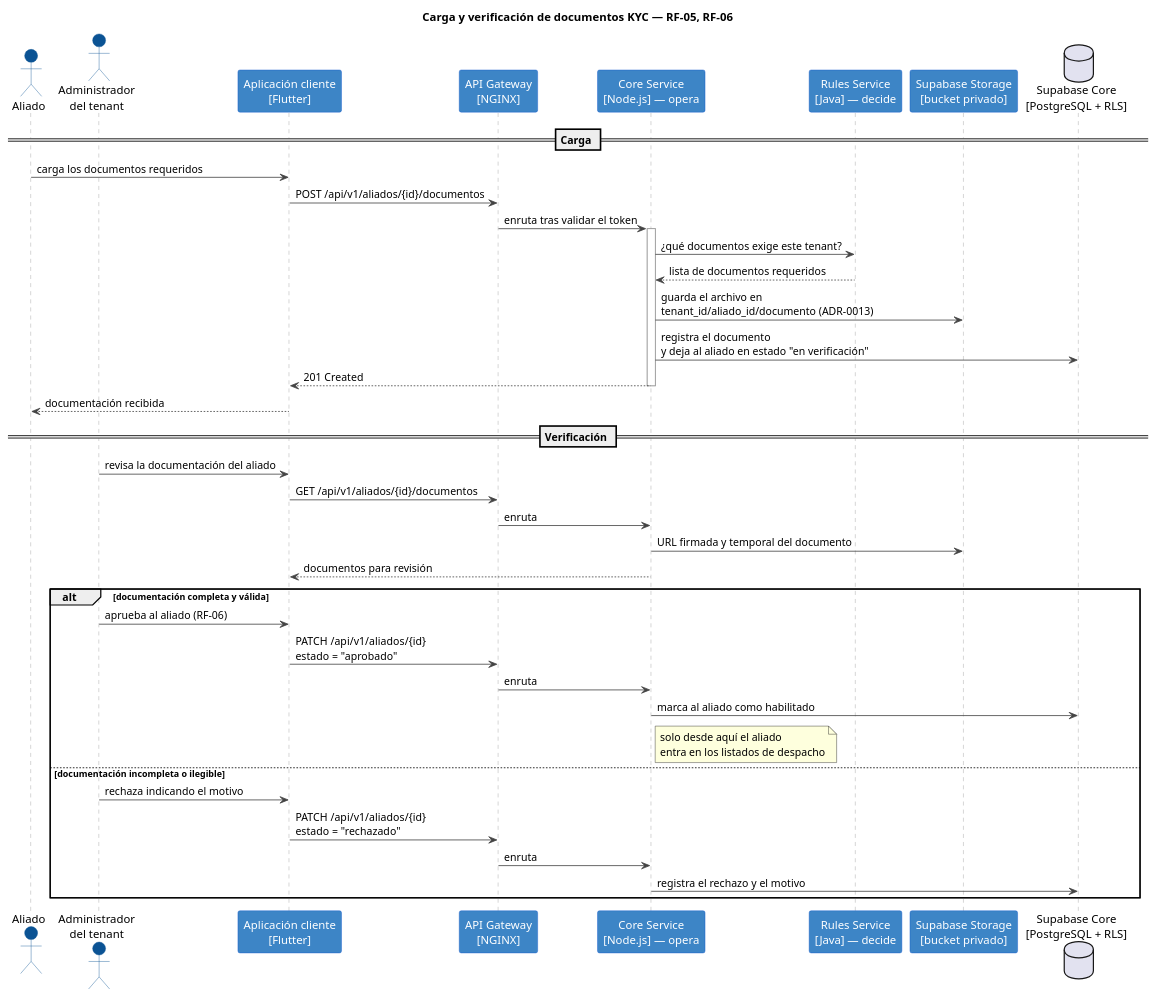
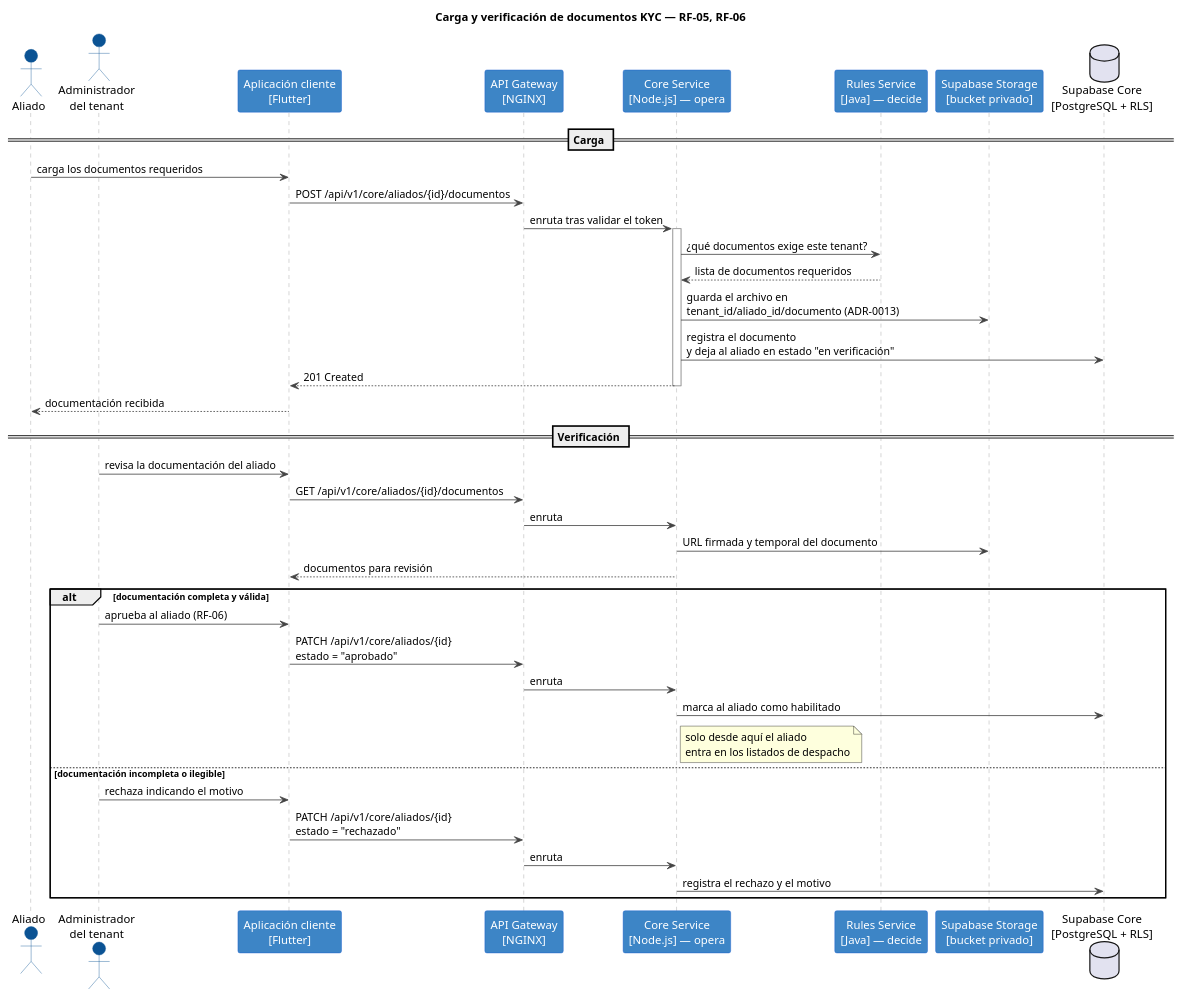
The fourth of 5 diagrams in architecture/SECUENCIAS.md (Trama-AS/MANI-docs), drawn with PlantUML before and after one commit. The commit also changed other lines of this file and 11 other files, not shown here.

````diff
--- a/architecture/SECUENCIAS.md
+++ b/architecture/SECUENCIAS.md
@@ -236,64 +236,64 @@
 ```plantuml
 @startuml seq-kyc
 title Carga y verificación de documentos KYC — RF-05, RF-06
 
 skinparam backgroundColor #ffffff
 skinparam shadowing false
 skinparam sequence {
   ArrowColor #444444
   LifeLineBorderColor #999999
   ParticipantBorderColor #1155cc
   ParticipantBackgroundColor #3d85c6
   ParticipantFontColor #ffffff
   ActorBorderColor #0b5394
   ActorBackgroundColor #0b5394
 }
 
 actor "Aliado" as Aliado
 actor "Administrador\ndel tenant" as Admin
 participant "Aplicación cliente\n[Flutter]" as App
 participant "API Gateway\n[NGINX]" as GW
 participant "Core Service\n[Node.js] — opera" as Core
 participant "Rules Service\n[Java] — decide" as Rules
 participant "Supabase Storage\n[bucket privado]" as Storage
 database "Supabase Core\n[PostgreSQL + RLS]" as DbCore
 
 == Carga ==
 
 Aliado -> App: carga los documentos requeridos
-App -> GW: POST /api/v1/aliados/{id}/documentos
+App -> GW: POST /api/v1/core/aliados/{id}/documentos
 GW -> Core: enruta tras validar el token
 activate Core
 
 Core -> Rules: ¿qué documentos exige este tenant?
 Rules --> Core: lista de documentos requeridos
 
 Core -> Storage: guarda el archivo en\ntenant_id/aliado_id/documento (ADR-0013)
 Core -> DbCore: registra el documento\ny deja al aliado en estado "en verificación"
 Core --> App: 201 Created
 deactivate Core
 App --> Aliado: documentación recibida
 
 == Verificación ==
 
 Admin -> App: revisa la documentación del aliado
-App -> GW: GET /api/v1/aliados/{id}/documentos
+App -> GW: GET /api/v1/core/aliados/{id}/documentos
 GW -> Core: enruta
 Core -> Storage: URL firmada y temporal del documento
 Core --> App: documentos para revisión
 
 alt documentación completa y válida
     Admin -> App: aprueba al aliado (RF-06)
-    App -> GW: PATCH /api/v1/aliados/{id}\nestado = "aprobado"
+    App -> GW: PATCH /api/v1/core/aliados/{id}\nestado = "aprobado"
     GW -> Core: enruta
     Core -> DbCore: marca al aliado como habilitado
     note right of Core: solo desde aquí el aliado\nentra en los listados de despacho
 else documentación incompleta o ilegible
     Admin -> App: rechaza indicando el motivo
-    App -> GW: PATCH /api/v1/aliados/{id}\nestado = "rechazado"
+    App -> GW: PATCH /api/v1/core/aliados/{id}\nestado = "rechazado"
     GW -> Core: enruta
     Core -> DbCore: registra el rechazo y el motivo
 end
 
 @enduml
 ```
````
